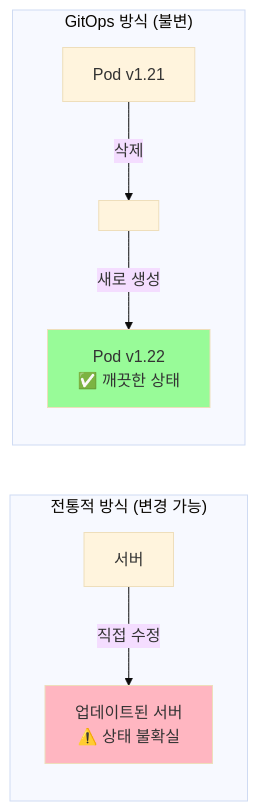
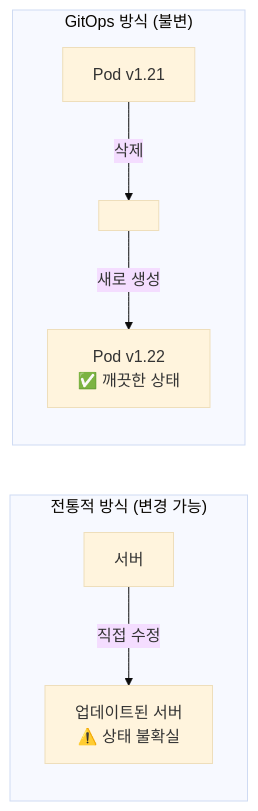
One commit to juwon8891/juwon8891.github.io changed the ninth of 41 diagrams in docs/cicd/week1-image-build.md. Above: the diagram before and after it, drawn with Mermaid (base theme). The commit also changed other lines of this file and 18 other files, not shown here.

Commit message:
Remove bright colors from Mermaid diagrams for dark mode compatibility

````diff
--- a/docs/cicd/week1-image-build.md
+++ b/docs/cicd/week1-image-build.md
@@ -497,15 +479,13 @@
 ```mermaid
 graph LR
     subgraph "전통적 방식 (변경 가능)"
         SERVER1[서버] -->|직접 수정| SERVER1_UPDATED[업데이트된 서버<br/>⚠️ 상태 불확실]
 
-        style SERVER1_UPDATED fill:#FFB6C1
     end
 
     subgraph "GitOps 방식 (불변)"
         POD1[Pod v1.21] -->|삭제| NONE[ ]
         NONE -->|새로 생성| POD2[Pod v1.22<br/>✅ 깨끗한 상태]
 
-        style POD2 fill:#98FB98
     end
 ```
````
